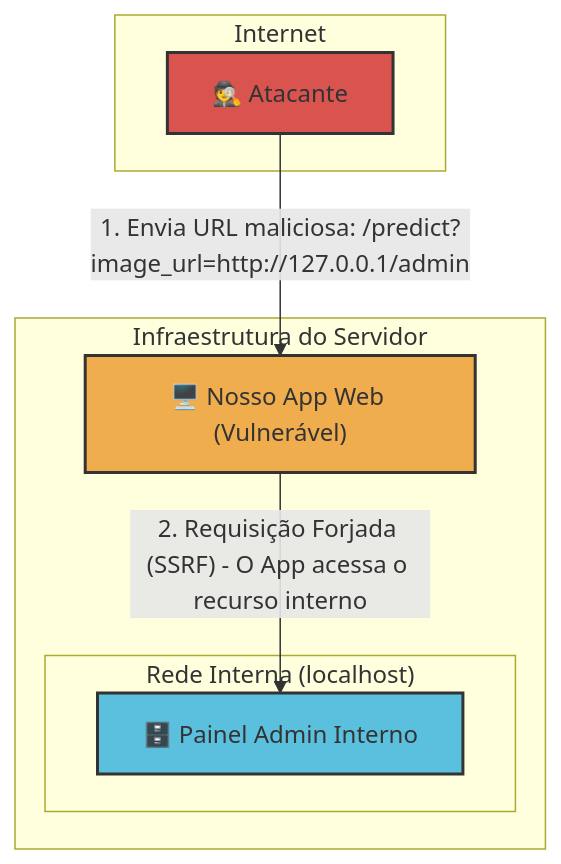
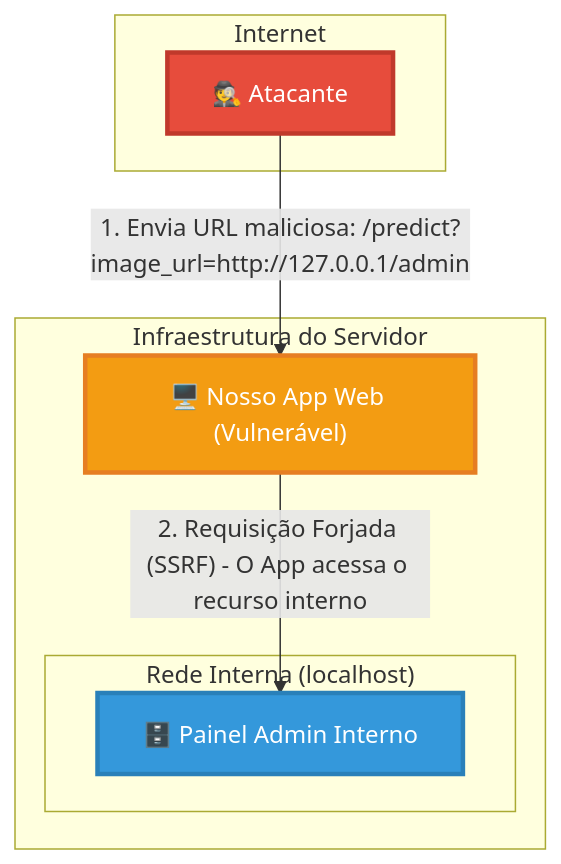
One commit to 9luis7/sprint4-secure-ml-app changed the first of 4 diagrams in sprint4_app/security_attack_flowcharts.md. Above: the diagram before and after it, drawn with Mermaid. The commit also changed other lines of this file, not shown here.

````diff
--- a/sprint4_app/security_attack_flowcharts.md
+++ b/sprint4_app/security_attack_flowcharts.md
@@ -8,20 +8,20 @@
 ```mermaid
 graph TD;
     subgraph "Internet"
         Attacker["🕵️ Atacante"];
     end
 
     subgraph "Infraestrutura do Servidor"
         WebApp["🖥️ Nosso App Web (Vulnerável)"];
         subgraph "Rede Interna (localhost)"
             AdminPanel["🗄️ Painel Admin Interno"];
         end
     end
 
     Attacker -- "1. Envia URL maliciosa: /predict?image_url=http://127.0.0.1/admin" --> WebApp;
     WebApp -- "2. Requisição Forjada (SSRF) - O App acessa o recurso interno" --> AdminPanel;
 
-    style Attacker fill:#d9534f,stroke:#333,stroke-width:2px
-    style WebApp fill:#f0ad4e,stroke:#333,stroke-width:2px
-    style AdminPanel fill:#5bc0de,stroke:#333,stroke-width:2px
+    style Attacker fill:#e74c3c,stroke:#c0392b,stroke-width:3px,color:#fff
+    style WebApp fill:#f39c12,stroke:#e67e22,stroke-width:3px,color:#fff
+    style AdminPanel fill:#3498db,stroke:#2980b9,stroke-width:3px,color:#fff
 ```
````
